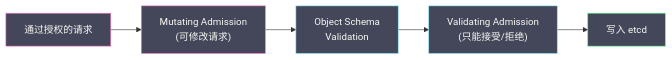
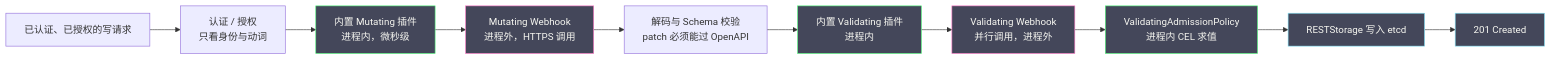
The first of 6 diagrams in content/云原生/Kubernetes/kubernetes之API Server/04 准入控制器深度解析.md (hpliStartAgain/my-brain), drawn with Mermaid before and after one commit. The commit also changed other lines of this file and 455 other files, not shown here.

````diff
--- a/content/云原生/Kubernetes/kubernetes之API Server/04 准入控制器深度解析.md
+++ b/content/云原生/Kubernetes/kubernetes之API Server/04 准入控制器深度解析.md
@@ -35,17 +33,20 @@
 ```mermaid
 %%{init: {'theme': 'dracula'}}%%
-graph LR
-    REQ["通过授权的请求"] --> MUT["Mutating Admission</br>(可修改请求)"]
-    MUT --> SCHEMA["Object Schema</br>Validation"]
-    SCHEMA --> VAL["Validating Admission</br>(只能接受/拒绝)"]
-    VAL --> ETCD["写入 etcd"]
+flowchart LR
+    REQ["已认证、已授权的写请求"] --> AUTH["认证 / 授权<br/>只看身份与动词"]
+    AUTH --> INMUT["内置 Mutating 插件<br/>进程内，微秒级"]
+    INMUT --> MWH["Mutating Webhook<br/>进程外，HTTPS 调用"]
+    MWH --> SCHEMA["解码与 Schema 校验<br/>patch 必须能过 OpenAPI"]
+    SCHEMA --> INVAL["内置 Validating 插件<br/>进程内"]
+    INVAL --> VWH["Validating Webhook<br/>并行调用，进程外"]
+    VWH --> CEL["ValidatingAdmissionPolicy<br/>进程内 CEL 求值"]
+    CEL --> STORE["RESTStorage 写入 etcd"]
+    STORE --> OK["201 Created"]
 
-    classDef mut fill:#44475a,stroke:#ff79c6,color:#f8f8f2
-    classDef val fill:#44475a,stroke:#8be9fd,color:#f8f8f2
-    classDef store fill:#44475a,stroke:#50fa7b,color:#f8f8f2
-
-    class REQ,MUT mut
-    class SCHEMA val
-    class VAL val
-    class ETCD store
+    classDef outside fill:#44475a,stroke:#ff79c6,color:#f8f8f2
+    classDef inside fill:#44475a,stroke:#50fa7b,color:#f8f8f2
+    classDef store fill:#44475a,stroke:#8be9fd,color:#f8f8f2
+    class MWH,VWH outside
+    class INMUT,INVAL,CEL inside
+    class STORE,OK store
 ```
````
